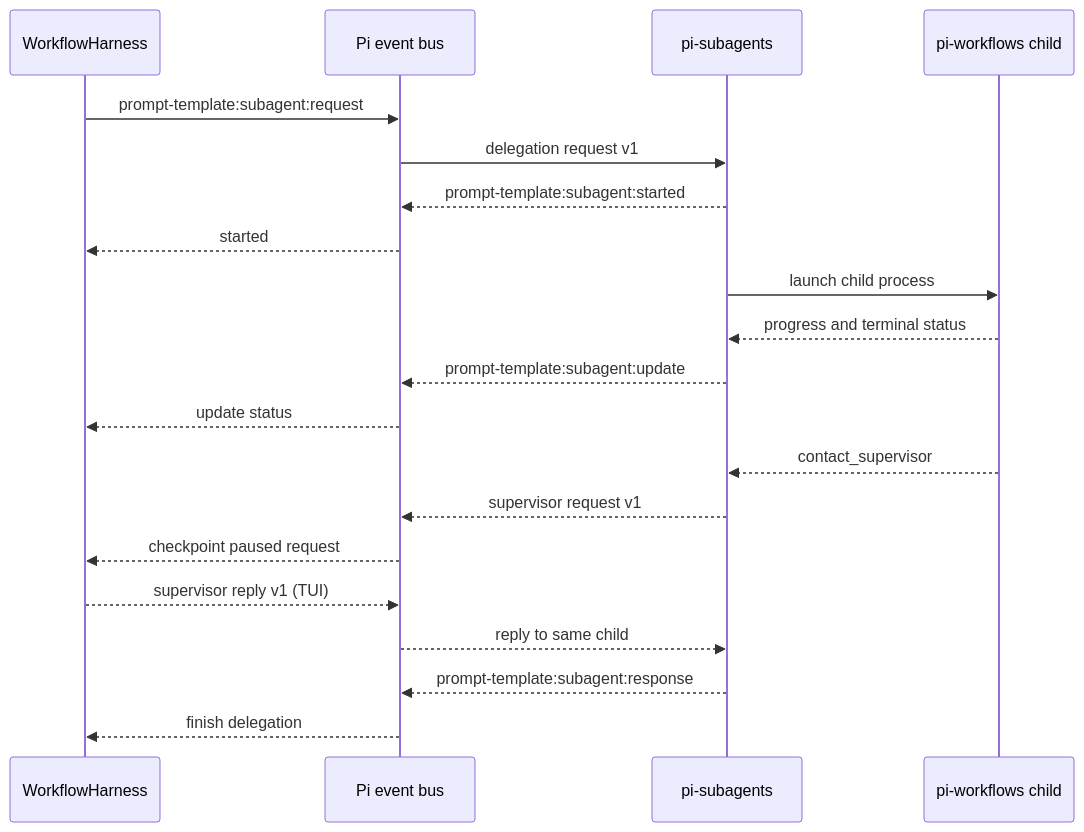
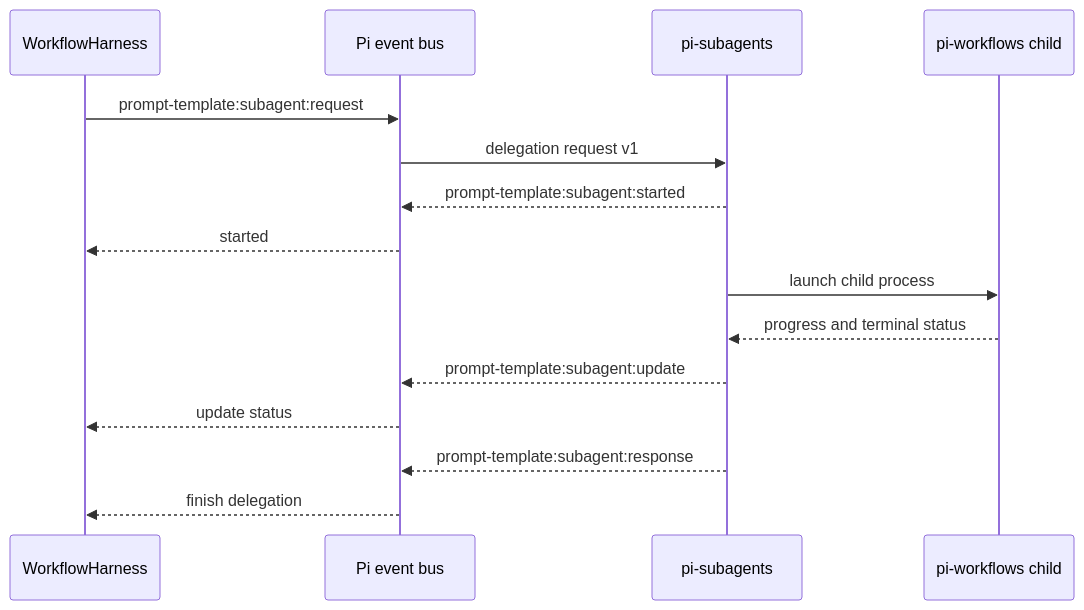
One commit to wichayutdew/pi-workflows changed the first of 6 diagrams in openwiki/integrations/subagents.md. Above: the diagram before and after it, drawn with Mermaid. The commit also changed other lines of this file and 32 other files, not shown here.

````diff
--- a/openwiki/integrations/subagents.md
+++ b/openwiki/integrations/subagents.md
@@ -12,23 +15,18 @@
 ```mermaid
 sequenceDiagram
   participant Harness as WorkflowHarness
   participant Bus as Pi event bus
   participant Sub as pi-subagents
   participant Child as pi-workflows child
 
   Harness->>Bus: prompt-template:subagent:request
   Bus->>Sub: delegation request v1
   Sub-->>Bus: prompt-template:subagent:started
   Bus-->>Harness: started
   Sub->>Child: launch child process
   Child-->>Sub: progress and terminal status
   Sub-->>Bus: prompt-template:subagent:update
   Bus-->>Harness: update status
-  Child-->>Sub: contact_supervisor
-  Sub-->>Bus: supervisor request v1
-  Bus-->>Harness: checkpoint paused request
-  Harness-->>Bus: supervisor reply v1 (TUI)
-  Bus-->>Sub: reply to same child
   Sub-->>Bus: prompt-template:subagent:response
   Bus-->>Harness: finish delegation
 ```
````
